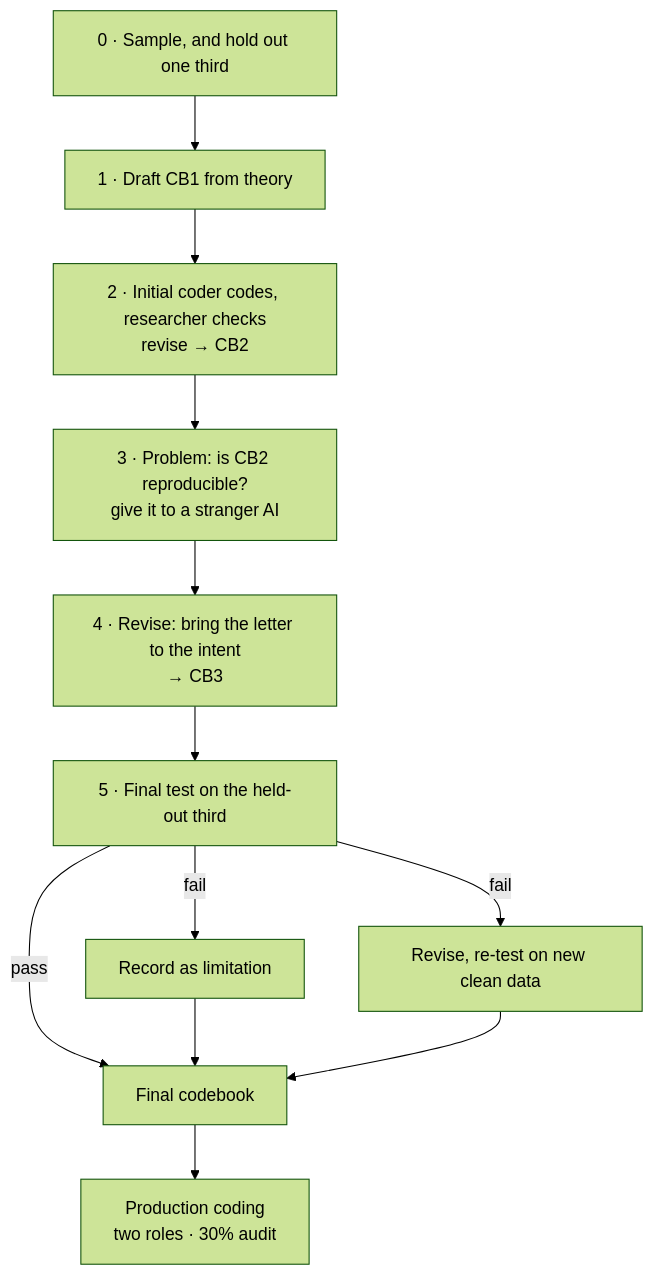
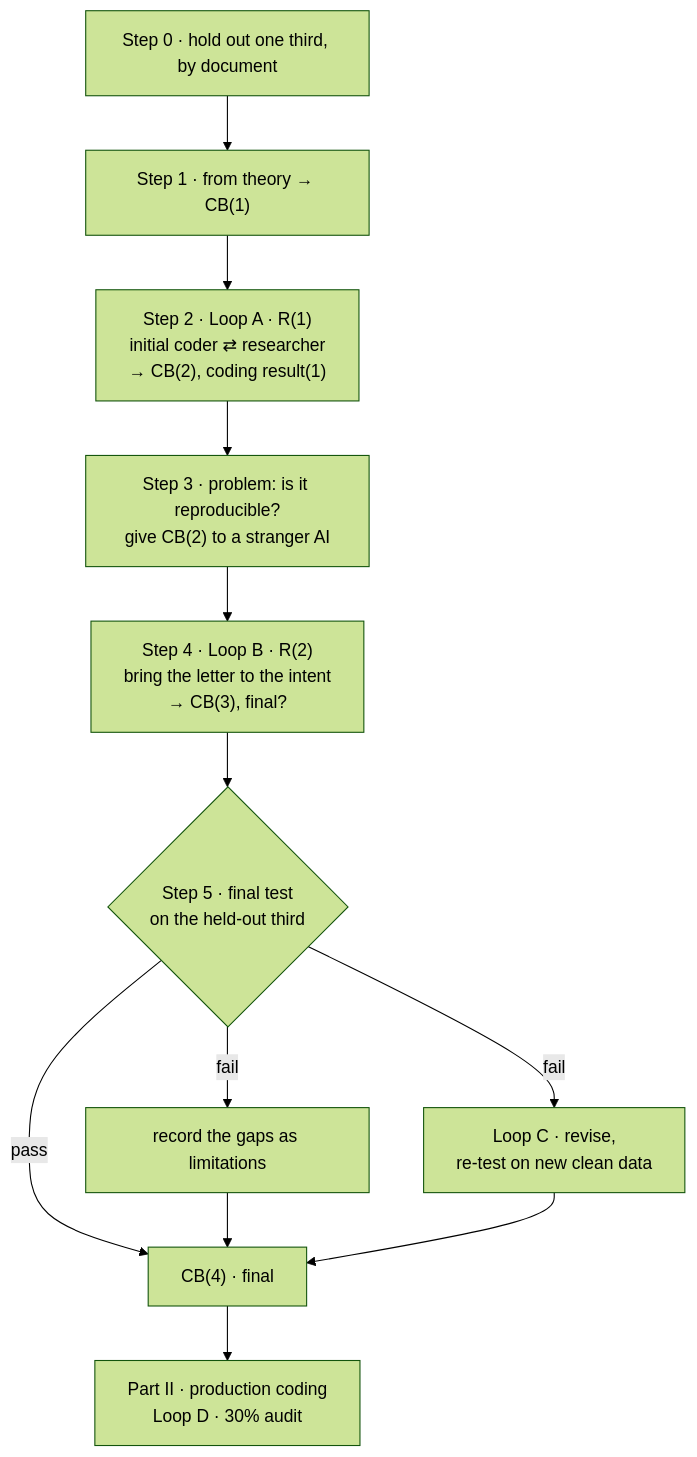
The diagram in README.md (Wenxuan-SHANG/Codebook-for-LLM-Qualitative-Coding), drawn with Mermaid (forest theme) before and after one commit. The commit also changed other lines of this file and 1 other file, not shown here.

````diff
--- a/README.md
+++ b/README.md
@@ -9,19 +44,19 @@
 ```mermaid
 flowchart TD
-    S0["0 · Sample, and hold out one third"]
-    S1["1 · Draft CB1 from theory"]
-    S2["2 · Initial coder codes, researcher checks<br/>revise → CB2"]
-    S3["3 · Problem: is CB2 reproducible?<br/>give it to a stranger AI"]
-    S4["4 · Revise: bring the letter to the intent<br/>→ CB3"]
-    S5["5 · Final test on the held-out third"]
-    L["Record as limitation"]
-    N["Revise, re-test on new clean data"]
-    F["Final codebook"]
-    P["Production coding<br/>two roles · 30% audit"]
+    S0["Step 0 · hold out one third, by document"]
+    S1["Step 1 · from theory → CB(1)"]
+    S2["Step 2 · Loop A · R(1)<br/>initial coder ⇄ researcher<br/>→ CB(2), coding result(1)"]
+    S3["Step 3 · problem: is it reproducible?<br/>give CB(2) to a stranger AI"]
+    S4["Step 4 · Loop B · R(2)<br/>bring the letter to the intent<br/>→ CB(3), final?"]
+    S5{"Step 5 · final test<br/>on the held-out third"}
+    L["record the gaps as limitations"]
+    C["Loop C · revise,<br/>re-test on new clean data"]
+    F["CB(4) · final"]
+    P["Part II · production coding<br/>Loop D · 30% audit"]
 
     S0 --> S1 --> S2 --> S3 --> S4 --> S5
     S5 -- "pass" --> F
     S5 -- "fail" --> L --> F
-    S5 -- "fail" --> N --> F
+    S5 -- "fail" --> C --> F
     F --> P
 ```
````
